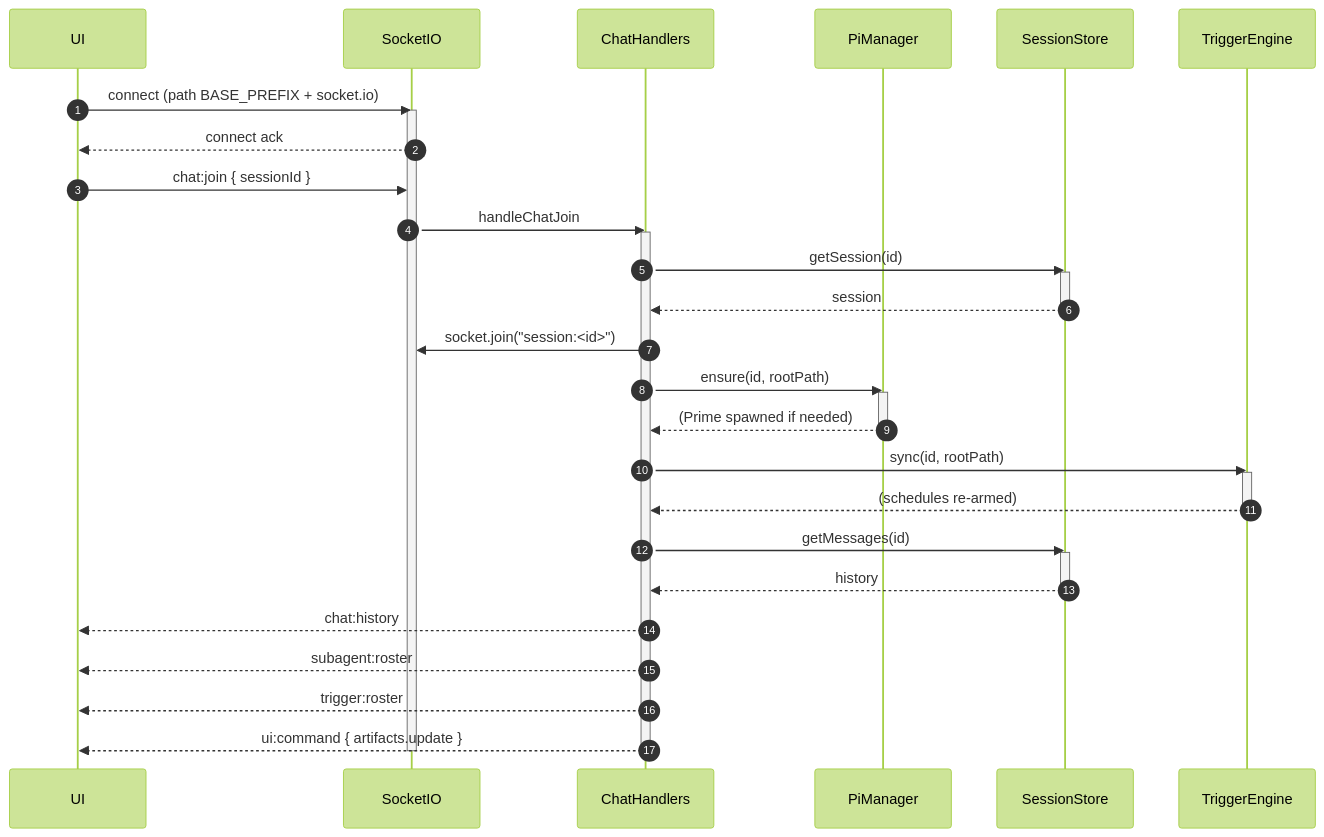
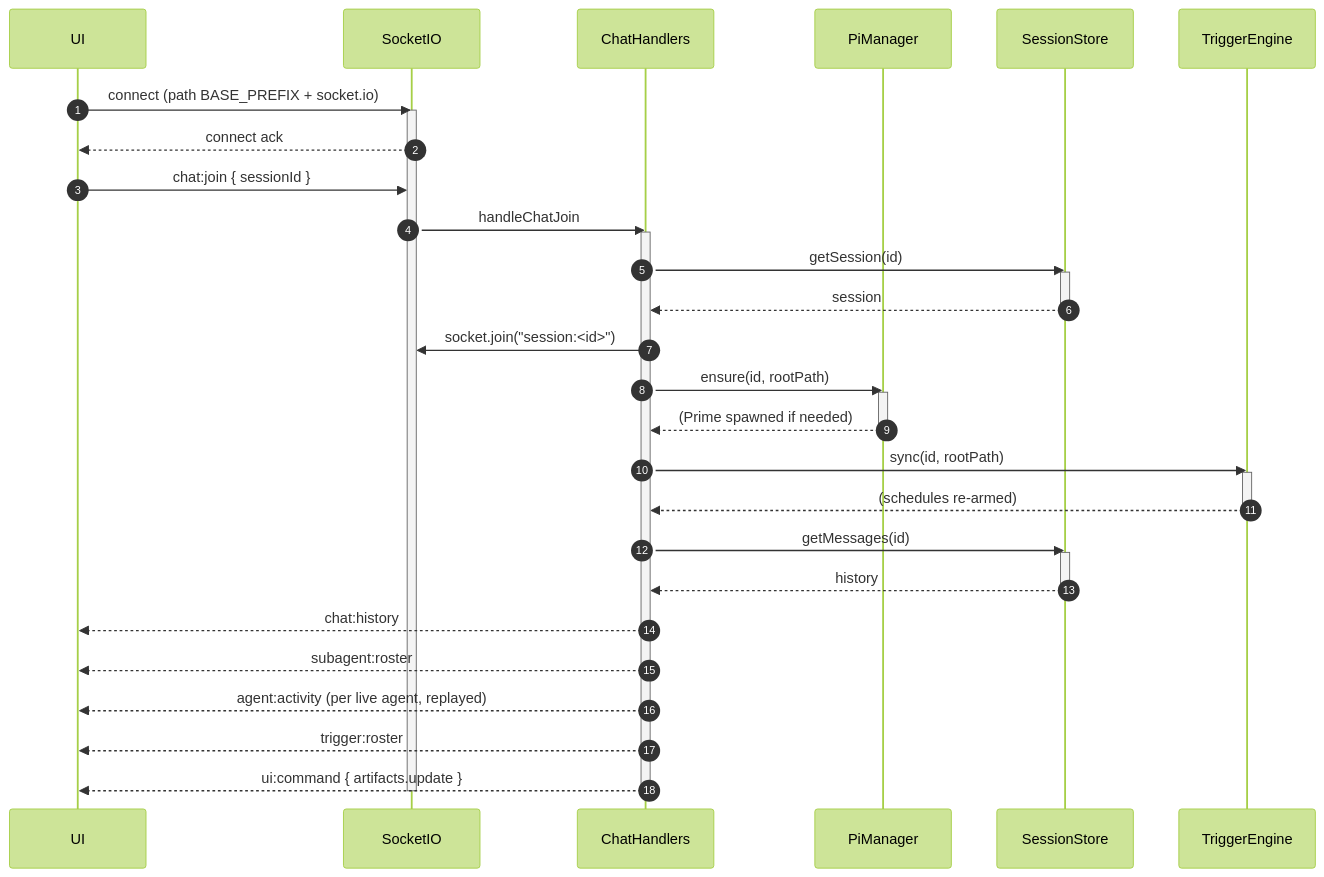
One commit to TangleML/tangent-shell changed the first of 5 diagrams in docs/server/ui-server-protocol.md. Above: the diagram before and after it, drawn with Mermaid (forest theme). The commit also changed other lines of this file and 13 other files, not shown here.

````diff
--- a/docs/server/ui-server-protocol.md
+++ b/docs/server/ui-server-protocol.md
@@ -122,40 +125,41 @@
 ```mermaid
 sequenceDiagram
   autonumber
   participant UI
   participant Socket as SocketIO
   participant Handlers as ChatHandlers
   participant PiManager
   participant Store as SessionStore
   participant TE as TriggerEngine
 
   UI->>Socket: connect (path BASE_PREFIX + socket.io)
   activate Socket
   Socket-->>UI: connect ack
   UI->>Socket: chat:join { sessionId }
   Socket->>Handlers: handleChatJoin
   activate Handlers
   Handlers->>Store: getSession(id)
   activate Store
   Store-->>Handlers: session
   deactivate Store
   Handlers->>Socket: socket.join("session:<id>")
   Handlers->>PiManager: ensure(id, rootPath)
   activate PiManager
   PiManager-->>Handlers: (Prime spawned if needed)
   deactivate PiManager
   Handlers->>TE: sync(id, rootPath)
   activate TE
   TE-->>Handlers: (schedules re-armed)
   deactivate TE
   Handlers->>Store: getMessages(id)
   activate Store
   Store-->>Handlers: history
   deactivate Store
   Handlers-->>UI: chat:history
   Handlers-->>UI: subagent:roster
+  Handlers-->>UI: agent:activity (per live agent, replayed)
   Handlers-->>UI: trigger:roster
   Handlers-->>UI: ui:command { artifacts.update }
   deactivate Handlers
   deactivate Socket
 ```
````
